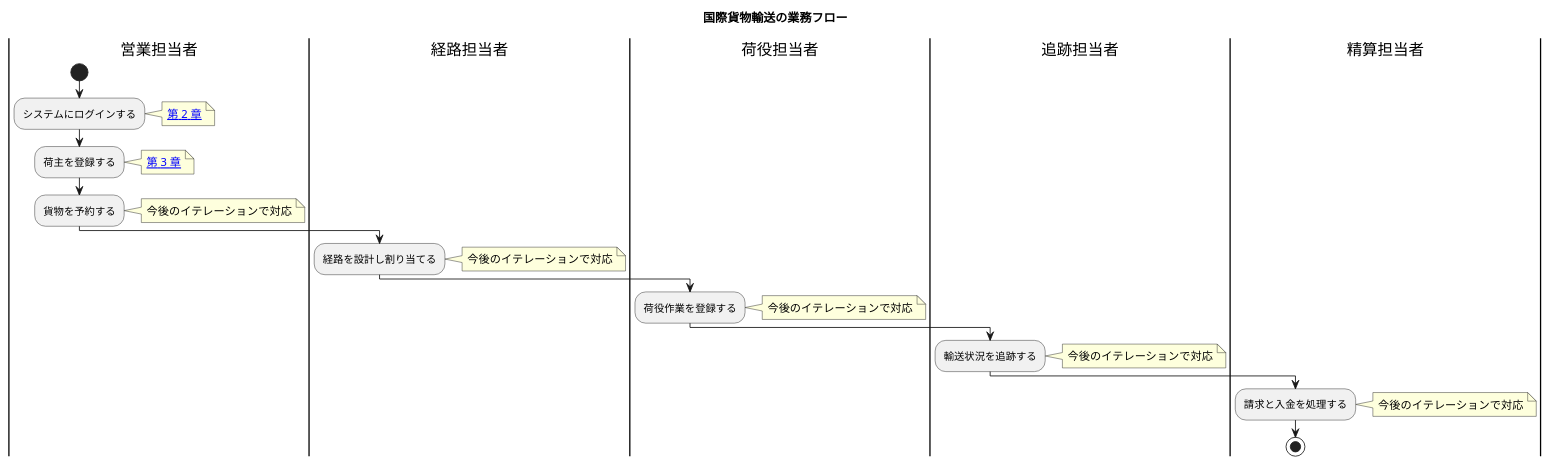
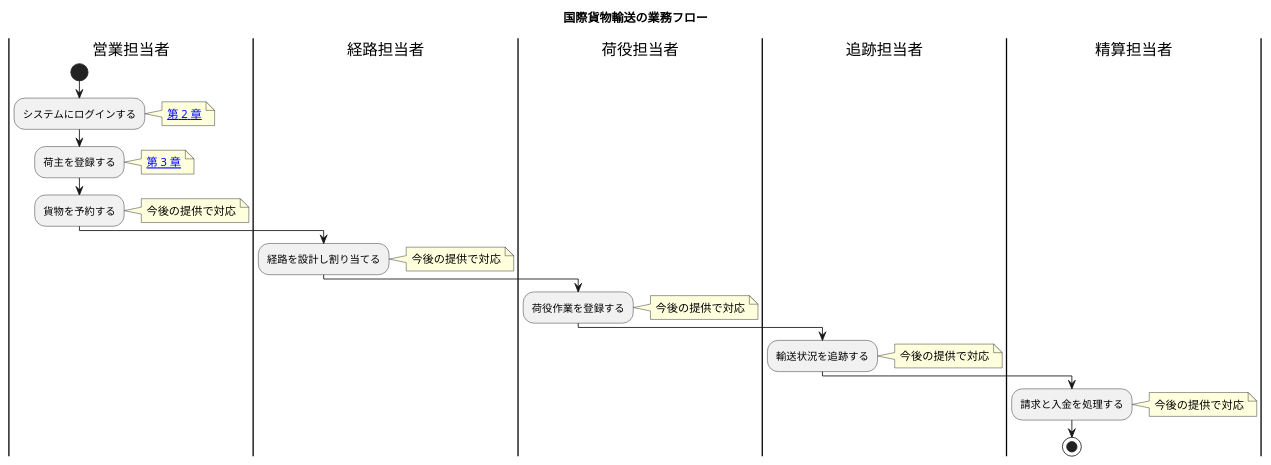
One commit to k2works/case-study-cargo-tracker changed the diagram in docs/manual/01-業務フロー.md. Above: the diagram before and after it, drawn with PlantUML. The commit also changed other lines of this file and 28 other files, not shown here.

````diff
--- a/docs/manual/01-業務フロー.md
+++ b/docs/manual/01-業務フロー.md
@@ -7,31 +7,31 @@
 ```plantuml
 @startuml
 title 国際貨物輸送の業務フロー
 
 |営業担当者|
 start
 :システムにログインする;
 note right: [[02-ログイン.html 第 2 章]]
 :荷主を登録する;
 note right: [[03-荷主管理.html 第 3 章]]
 :貨物を予約する;
-note right: 今後のイテレーションで対応
+note right: 今後の提供で対応
 
 |経路担当者|
 :経路を設計し割り当てる;
-note right: 今後のイテレーションで対応
+note right: 今後の提供で対応
 
 |荷役担当者|
 :荷役作業を登録する;
-note right: 今後のイテレーションで対応
+note right: 今後の提供で対応
 
 |追跡担当者|
 :輸送状況を追跡する;
-note right: 今後のイテレーションで対応
+note right: 今後の提供で対応
 
 |精算担当者|
 :請求と入金を処理する;
-note right: 今後のイテレーションで対応
+note right: 今後の提供で対応
 stop
 @enduml
 ```
````
